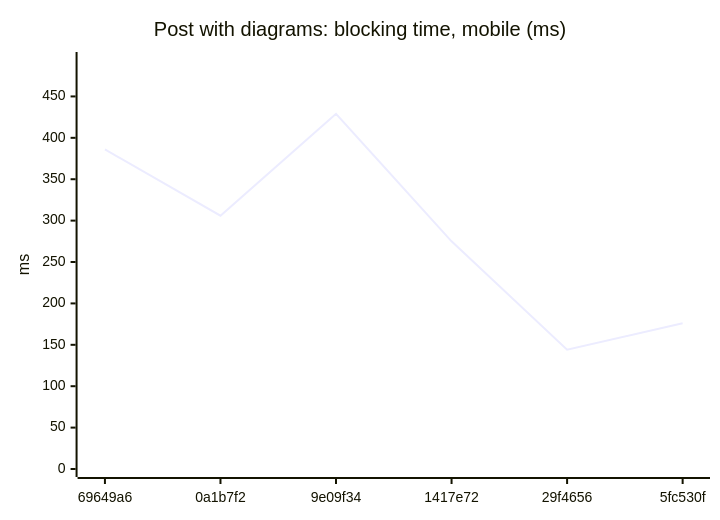
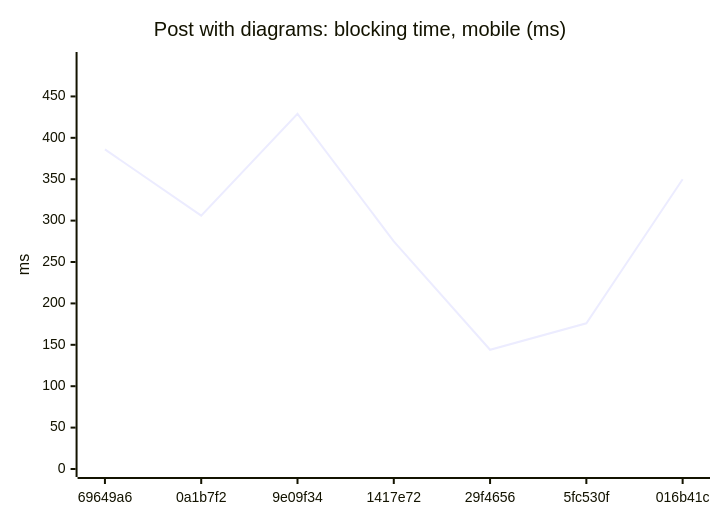
One commit to AxelUser/maltsev.space changed diagram 16 of 18 in README.md. Above: the diagram before and after it, drawn with Mermaid. The commit also changed other lines of this file and 1 other file, not shown here.

````diff
--- a/README.md
+++ b/README.md
@@ -169,7 +169,7 @@
 ```mermaid
 xychart-beta
   title "Post with diagrams: blocking time, mobile (ms)"
-  x-axis ["69649a6", "0a1b7f2", "9e09f34", "1417e72", "29f4656", "5fc530f"]
+  x-axis ["69649a6", "0a1b7f2", "9e09f34", "1417e72", "29f4656", "5fc530f", "016b41c"]
   y-axis "ms" 0 --> 494
-  line [386, 306, 429, 275, 144, 176]
+  line [386, 306, 429, 275, 144, 176, 350]
 ```
````
